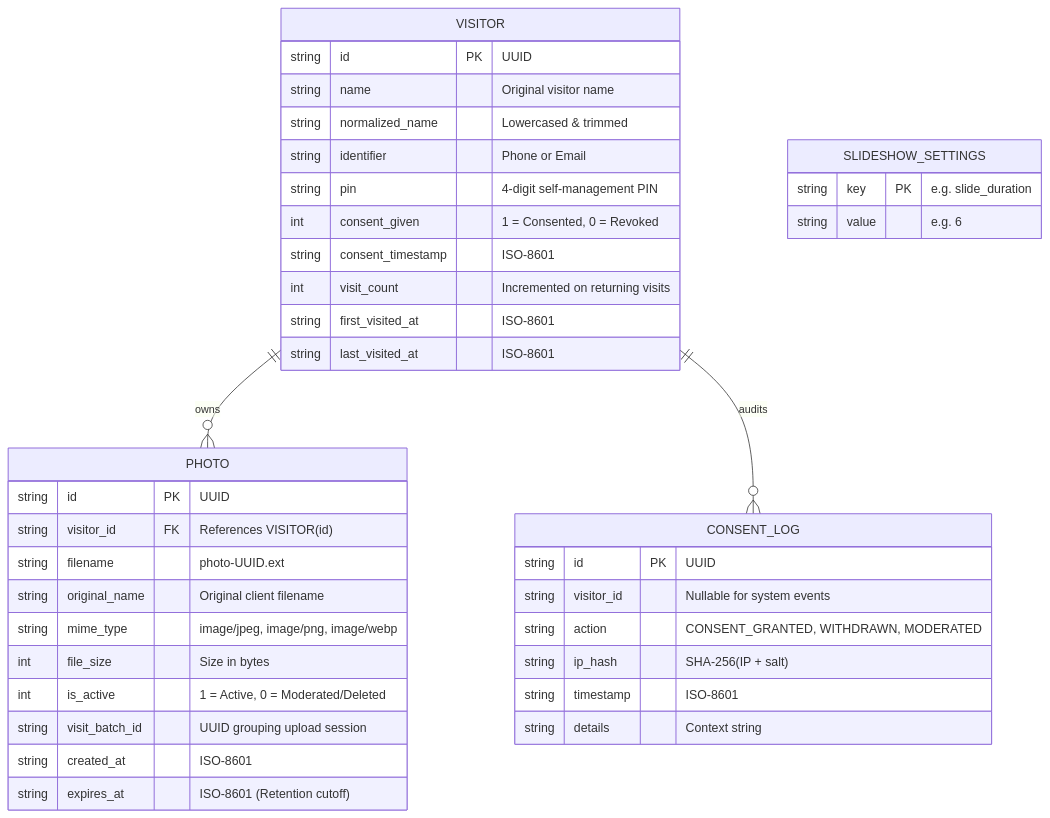
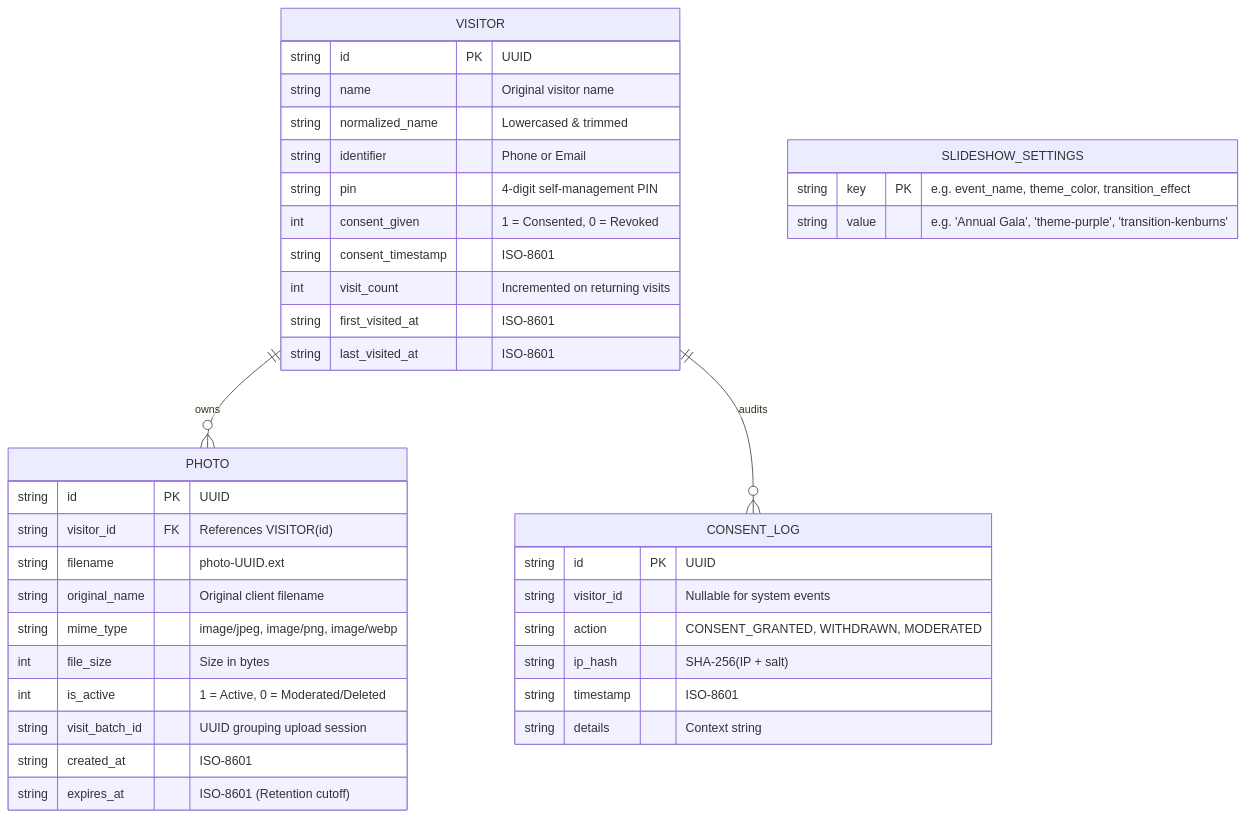
The second of 4 diagrams in ARCHITECTURE.md (KetanDabhi0827/project), drawn with Mermaid before and after one commit. The commit also changed other lines of this file and 4 other files, not shown here.

Commit message:
docs: update documentation, test plans, and architectural diagrams for advanced features

````diff
--- a/ARCHITECTURE.md
+++ b/ARCHITECTURE.md
@@ -67,45 +77,45 @@
 ```mermaid
 erDiagram
     VISITOR ||--o{ PHOTO : owns
     VISITOR ||--o{ CONSENT_LOG : audits
 
     VISITOR {
         string id PK "UUID"
         string name "Original visitor name"
         string normalized_name "Lowercased & trimmed"
         string identifier "Phone or Email"
         string pin "4-digit self-management PIN"
         int consent_given "1 = Consented, 0 = Revoked"
         string consent_timestamp "ISO-8601"
         int visit_count "Incremented on returning visits"
         string first_visited_at "ISO-8601"
         string last_visited_at "ISO-8601"
     }
 
     PHOTO {
         string id PK "UUID"
         string visitor_id FK "References VISITOR(id)"
         string filename "photo-UUID.ext"
         string original_name "Original client filename"
         string mime_type "image/jpeg, image/png, image/webp"
         int file_size "Size in bytes"
         int is_active "1 = Active, 0 = Moderated/Deleted"
         string visit_batch_id "UUID grouping upload session"
         string created_at "ISO-8601"
         string expires_at "ISO-8601 (Retention cutoff)"
     }
 
     CONSENT_LOG {
         string id PK "UUID"
         string visitor_id "Nullable for system events"
         string action "CONSENT_GRANTED, WITHDRAWN, MODERATED"
         string ip_hash "SHA-256(IP + salt)"
         string timestamp "ISO-8601"
         string details "Context string"
     }
 
     SLIDESHOW_SETTINGS {
-        string key PK "e.g. slide_duration"
-        string value "e.g. 6"
+        string key PK "e.g. event_name, theme_color, transition_effect"
+        string value "e.g. 'Annual Gala', 'theme-purple', 'transition-kenburns'"
     }
 ```
````
